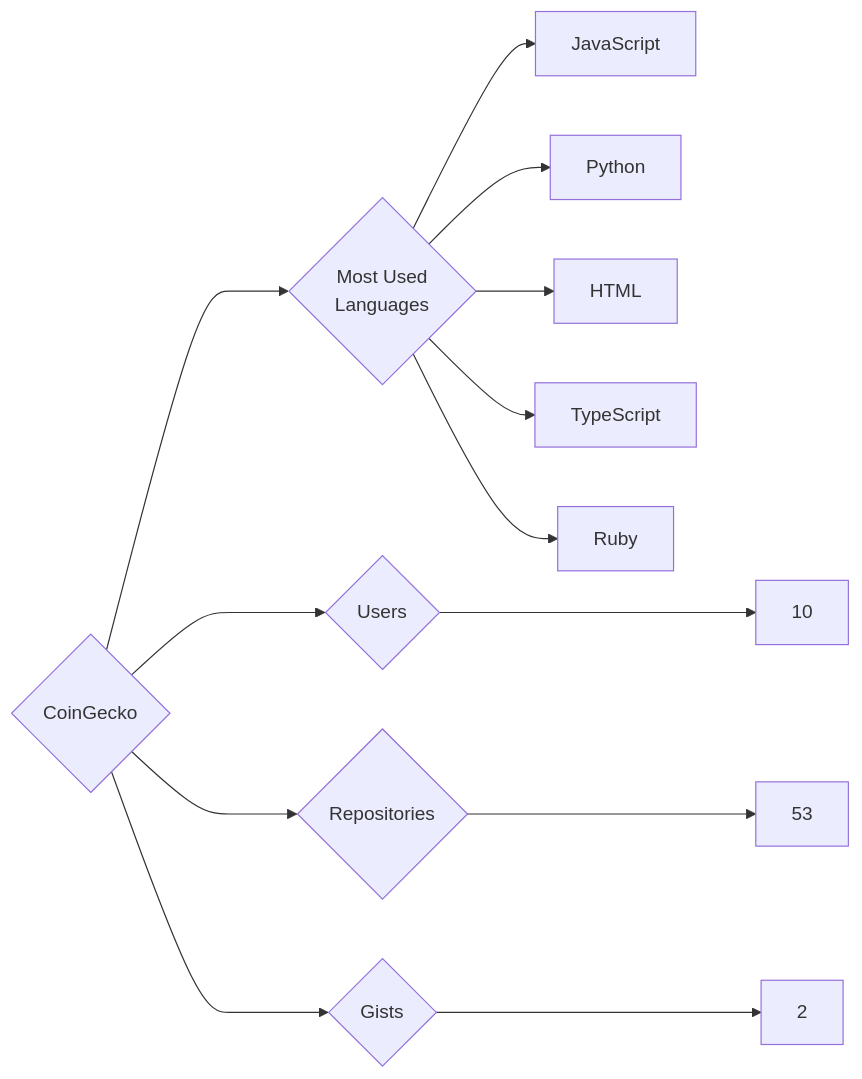
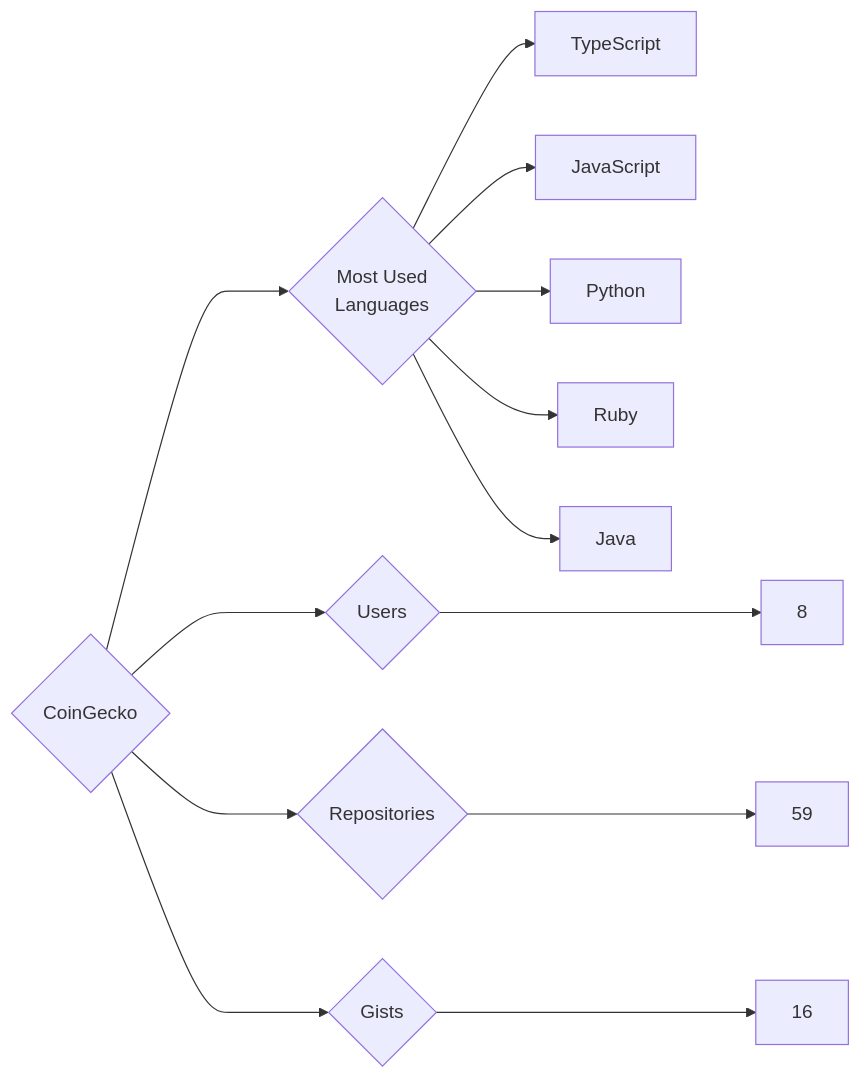
One commit to trickest/insiders changed the diagram in targets/CoinGecko/README.md. Above: the diagram before and after it, drawn with Mermaid. The commit also changed 1166 other files, not shown here.

````diff
--- a/targets/CoinGecko/README.md
+++ b/targets/CoinGecko/README.md
@@ -3,13 +3,13 @@
 ```mermaid
 graph LR
 COMPANY_NAME{CoinGecko}
-COMPANY_NAME ---> U{Users} ---> UN[10]
-COMPANY_NAME ---> R{Repositories} ---> RN[53]
-COMPANY_NAME ---> G{Gists} ---> GN[2]
+COMPANY_NAME ---> U{Users} ---> UN[8]
+COMPANY_NAME ---> R{Repositories} ---> RN[59]
+COMPANY_NAME ---> G{Gists} ---> GN[16]
 COMPANY_NAME ---> ML{Most Used<br>Languages}
+ML --> TypeScript[TypeScript]
 ML --> JavaScript[JavaScript]
 ML --> Python[Python]
-ML --> HTML[HTML]
-ML --> TypeScript[TypeScript]
 ML --> Ruby[Ruby]
+ML --> Java[Java]
 ```
````
